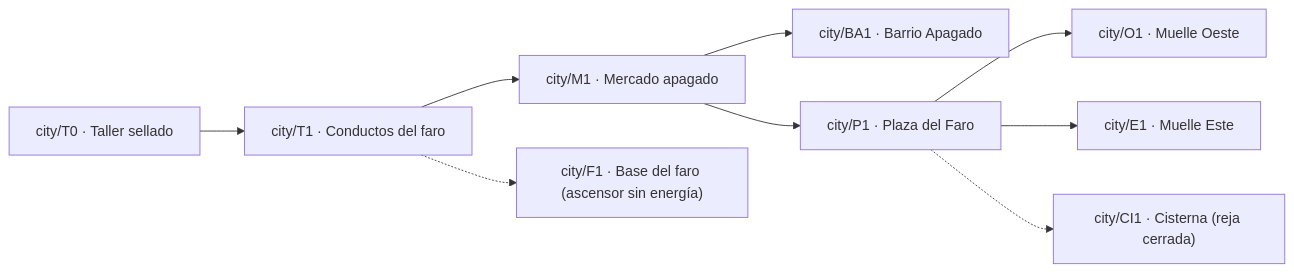
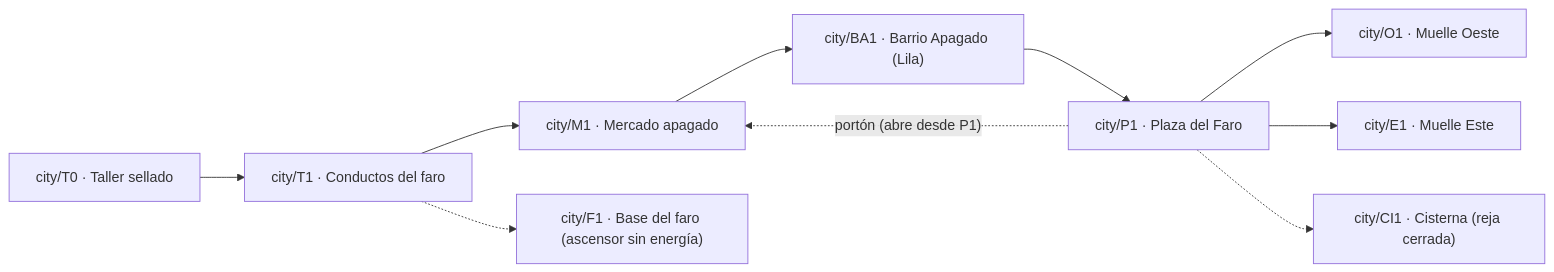
One commit to EdisonDavid3/ciudad-faro changed the second of 3 diagrams in docs/design/ISSUE-1_TOPOLOGIA_DEL_MUNDO.md. Above: the diagram before and after it, drawn with Mermaid. The commit also changed other lines of this file and 1 other file, not shown here.

````diff
--- a/docs/design/ISSUE-1_TOPOLOGIA_DEL_MUNDO.md
+++ b/docs/design/ISSUE-1_TOPOLOGIA_DEL_MUNDO.md
@@ -137,11 +137,12 @@
 ```mermaid
 flowchart LR
     T0["city/T0 · Taller sellado"] --> T1["city/T1 · Conductos del faro"]
     T1 --> M1["city/M1 · Mercado apagado"]
-    M1 --> BA1["city/BA1 · Barrio Apagado"]
-    M1 --> P1["city/P1 · Plaza del Faro"]
+    M1 --> BA1["city/BA1 · Barrio Apagado (Lila)"]
+    BA1 --> P1["city/P1 · Plaza del Faro"]
+    P1 -. "portón (abre desde P1)" .-> M1
     P1 --> O1["city/O1 · Muelle Oeste"]
     P1 --> E1["city/E1 · Muelle Este"]
     P1 -.-> CI1["city/CI1 · Cisterna (reja cerrada)"]
     T1 -.-> F1["city/F1 · Base del faro (ascensor sin energía)"]
 ```
````
